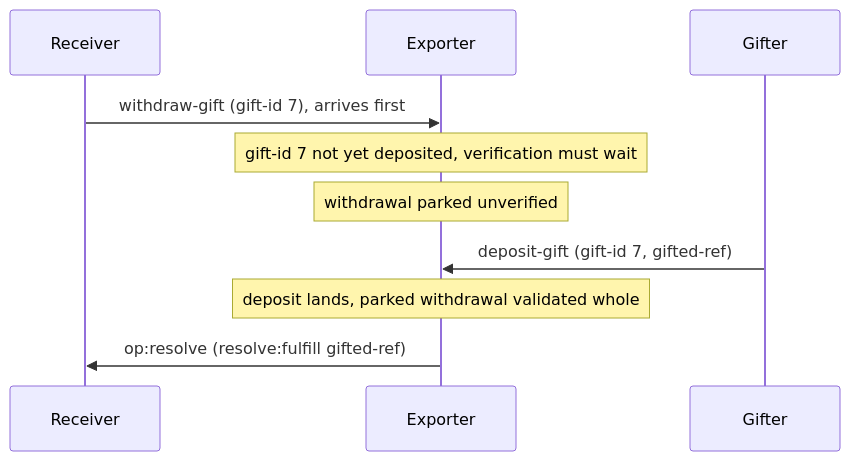
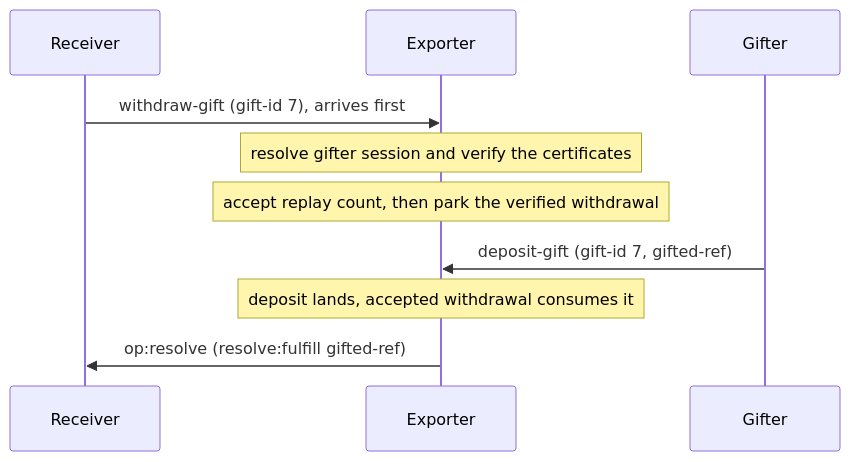
The eighth of 8 diagrams in docs/protocol-diagrams/06-handoffs.md (glowcap-org/glowcap), drawn with Mermaid before and after one commit. The commit also changed other lines of this file and 694 other files, not shown here.

````diff
--- a/docs/protocol-diagrams/06-handoffs.md
+++ b/docs/protocol-diagrams/06-handoffs.md
@@ -140,12 +146,12 @@
 ```mermaid
 sequenceDiagram
     participant R as Receiver
     participant X as Exporter
     participant G as Gifter
     R->>X: withdraw-gift (gift-id 7), arrives first
-    Note over X: gift-id 7 not yet deposited, verification must wait
-    Note over X: withdrawal parked unverified
+    Note over X: resolve gifter session and verify the certificates
+    Note over X: accept replay count, then park the verified withdrawal
     G->>X: deposit-gift (gift-id 7, gifted-ref)
-    Note over X: deposit lands, parked withdrawal validated whole
+    Note over X: deposit lands, accepted withdrawal consumes it
     X->>R: op:resolve (resolve:fulfill gifted-ref)
 ```
````
